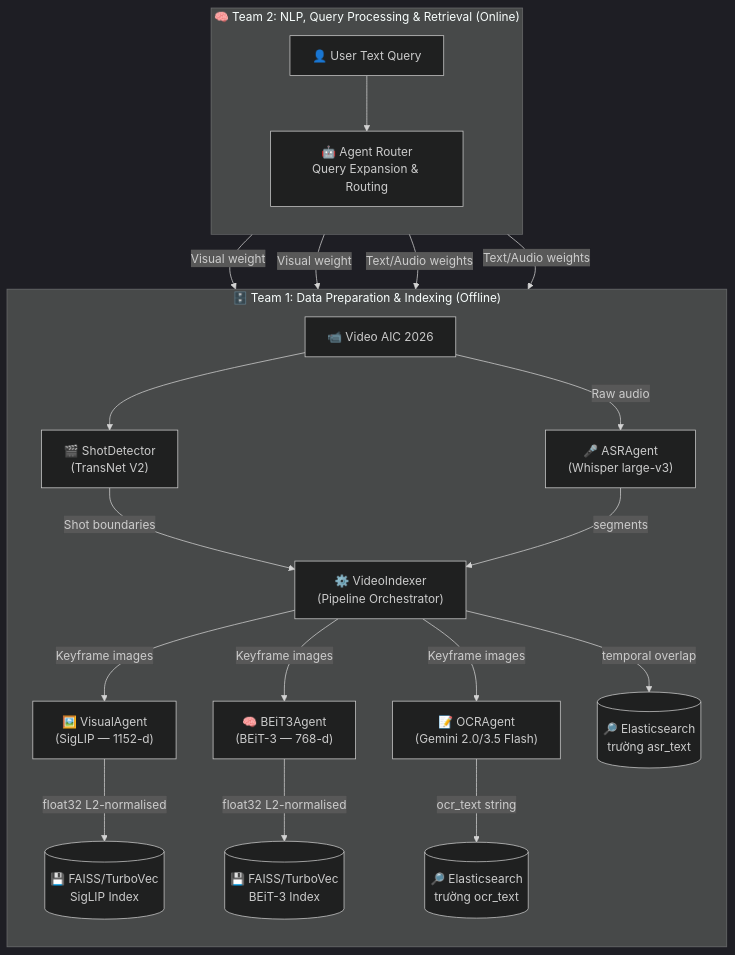
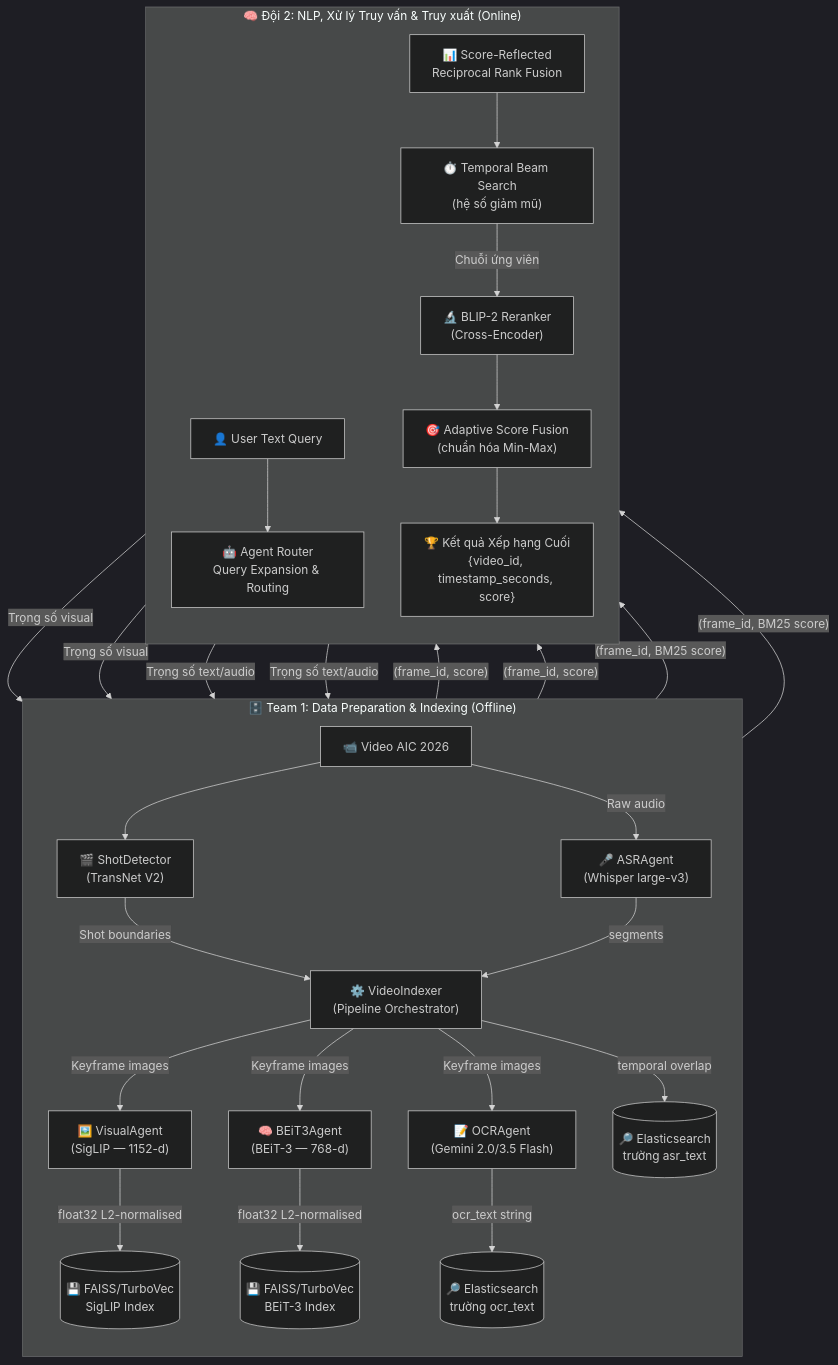
Before and after one commit to AIVIETNAM-AIO-herk30/AI_Challenge_2026: the diagram in ARCHITECTURE_VI.md, drawn with Mermaid (dark theme). The commit also changed other lines of this file and 4 other files, not shown here.

````diff
--- a/ARCHITECTURE_VI.md
+++ b/ARCHITECTURE_VI.md
@@ -62,37 +62,49 @@
 ```mermaid
 flowchart TD
     subgraph Team1 ["🗄️ Team 1: Data Preparation & Indexing (Offline)"]
         direction TB
 
         RAW["📹 Video AIC 2026"]
 
         RAW --> SD["🎬 ShotDetector\n(TransNet V2)"]
         SD -->|"Shot boundaries"| VI["⚙️ VideoIndexer\n(Pipeline Orchestrator)"]
 
         RAW -->|"Raw audio"| ASR["🎤 ASRAgent\n(Whisper large-v3)"]
         ASR -->|"segments"| VI
 
         VI -->|"Keyframe images"| SigLIP["🖼️ VisualAgent\n(SigLIP — 1152-d)"]
         VI -->|"Keyframe images"| BEiT3["🧠 BEiT3Agent\n(BEiT-3 — 768-d)"]
         VI -->|"Keyframe images"| OCR["📝 OCRAgent\n(Gemini 2.0/3.5 Flash)"]
 
         SigLIP -->|"float32 L2-normalised"| TVS[("💾 FAISS/TurboVec\nSigLIP Index")]
         BEiT3  -->|"float32 L2-normalised"| TVB[("💾 FAISS/TurboVec\nBEiT-3 Index")]
 
         VI -->|"temporal overlap"| ESW[("🔎 Elasticsearch\ntrường asr_text")]
         OCR -->|"ocr_text string"| ESO[("🔎 Elasticsearch\ntrường ocr_text")]
     end
 
-    subgraph Team2 ["🧠 Team 2: NLP, Query Processing & Retrieval (Online)"]
+    subgraph Team2 ["🧠 Đội 2: NLP, Xử lý Truy vấn & Truy xuất (Online)"]
         direction TB
 
         TQ["👤 User Text Query"]
 
         TQ --> LLM["🤖 Agent Router\nQuery Expansion & Routing"]
 
-        LLM -->|"Visual weight"| TVS
-        LLM -->|"Visual weight"| TVB
-        LLM -->|"Text/Audio weights"| ESW
-        LLM -->|"Text/Audio weights"| ESO
+        LLM -->|"Trọng số visual"| TVS
+        LLM -->|"Trọng số visual"| TVB
+        LLM -->|"Trọng số text/audio"| ESW
+        LLM -->|"Trọng số text/audio"| ESO
+
+        TVS -->|"(frame_id, score)"| SRRF["📊 Score-Reflected\nReciprocal Rank Fusion"]
+        TVB -->|"(frame_id, score)"| SRRF
+        ESW -->|"(frame_id, BM25 score)"| SRRF
+        ESO -->|"(frame_id, BM25 score)"| SRRF
+
+        SRRF --> TBS["⏱️ Temporal Beam Search\n(hệ số giảm mũ)"]
+
+        TBS -->|"Chuỗi ứng viên"| BLIP["🔬 BLIP-2 Reranker\n(Cross-Encoder)"]
+
+        BLIP --> ASF["🎯 Adaptive Score Fusion\n(chuẩn hóa Min-Max)"]
+        ASF --> FINAL["🏆 Kết quả Xếp hạng Cuối\n{video_id, timestamp_seconds, score}"]
     end
 ```
````
